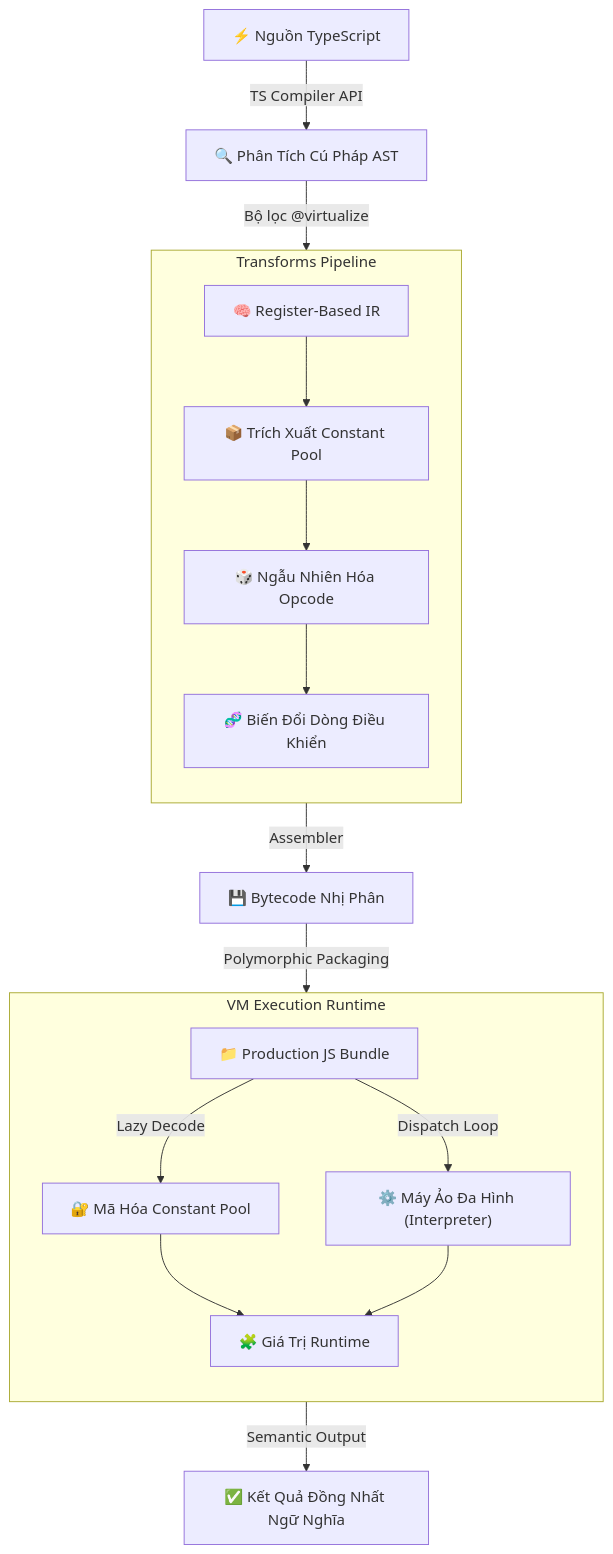
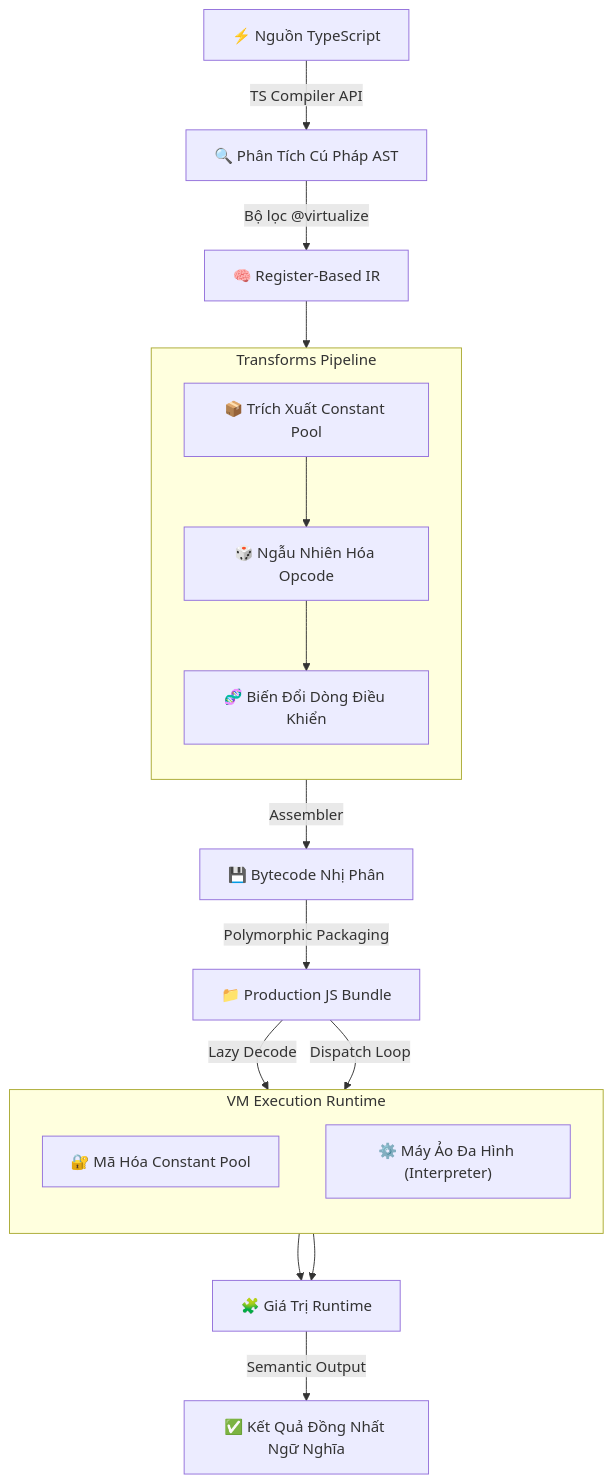
One commit to Tr0ngX/ts-vm-obfuscator changed the diagram in README_VN.md. Above: the diagram before and after it, drawn with Mermaid. The commit also changed 10 other files, not shown here.

````diff
--- a/README_VN.md
+++ b/README_VN.md
@@ -37,26 +37,34 @@
 ```mermaid
 graph TD
 
     A["⚡ Nguồn TypeScript"] -->|"TS Compiler API"| B["🔍 Phân Tích Cú Pháp AST"]
     B -->|"Bộ lọc @virtualize"| C["🧠 Register-Based IR"]
 
     subgraph T["Transforms Pipeline"]
         direction TB
-        C --> D["📦 Trích Xuất Constant Pool"]
-        D --> E["🎲 Ngẫu Nhiên Hóa Opcode"]
-        E --> F["🧬 Biến Đổi Dòng Điều Khiển"]
+        T1["📦 Trích Xuất Constant Pool"]
+        T2["🎲 Ngẫu Nhiên Hóa Opcode"]
+        T3["🧬 Biến Đổi Dòng Điều Khiển"]
     end
+    
+    C --> T1
+    T1 --> T2
+    T2 --> T3
 
-    F -->|"Assembler"| G["💾 Bytecode Nhị Phân"]
+    T3 -->|"Assembler"| G["💾 Bytecode Nhị Phân"]
     G -->|"Polymorphic Packaging"| H["📁 Production JS Bundle"]
 
     subgraph R["VM Execution Runtime"]
         direction TB
-        H -->|"Lazy Decode"| I["🔐 Mã Hóa Constant Pool"]
-        H -->|"Dispatch Loop"| J["⚙️ Máy Ảo Đa Hình (Interpreter)"]
-        I --> K["🧩 Giá Trị Runtime"]
-        J --> K
+        R1["🔐 Mã Hóa Constant Pool"]
+        R2["⚙️ Máy Ảo Đa Hình (Interpreter)"]
     end
+    
+    H -->|"Lazy Decode"| R1
+    H -->|"Dispatch Loop"| R2
+    
+    R1 --> K["🧩 Giá Trị Runtime"]
+    R2 --> K
 
     K -->|"Semantic Output"| L["✅ Kết Quả Đồng Nhất Ngữ Nghĩa"]
 ```
````
